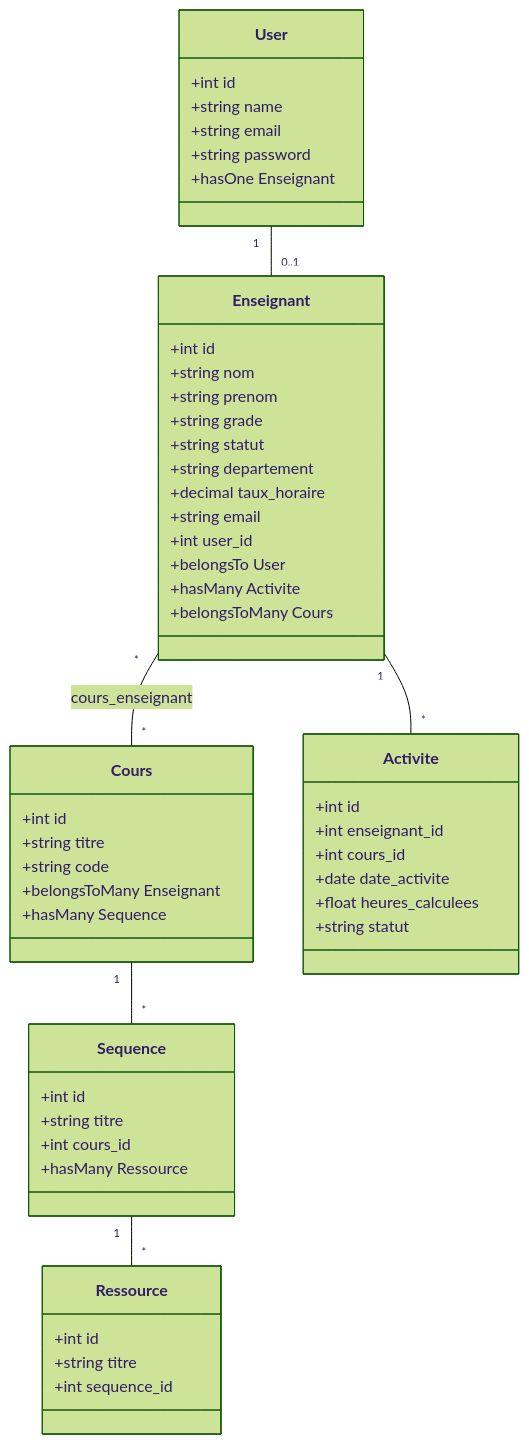
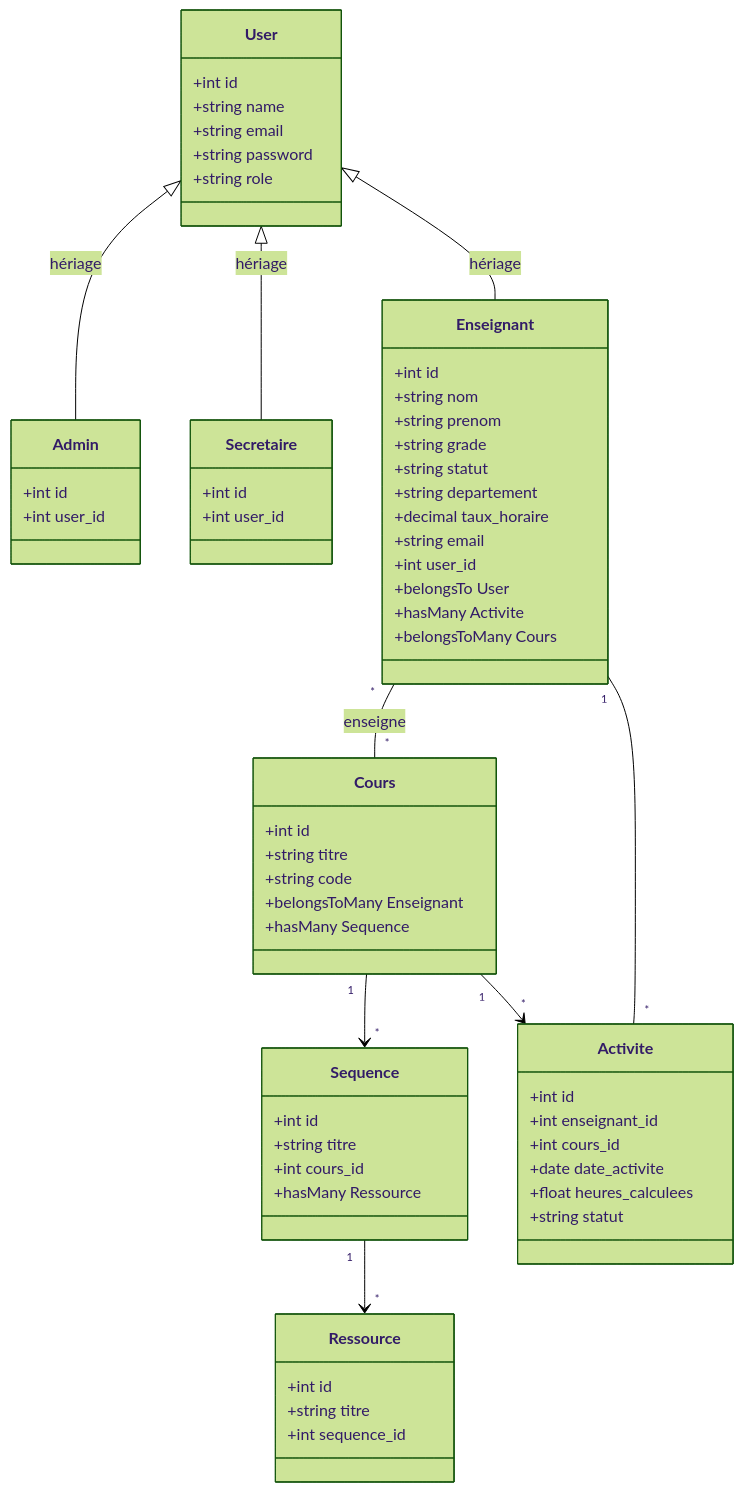
The diagram in docs/assets/class-diagram.mmd (Drizain2/pct-gestion-heures), drawn with Mermaid (forest theme) before and after one commit. The commit also changed 15 other files, not shown here.

Commit message:
[UPDATE] correction de dernière minute en ajouter les models Admin,Secretaire ainsi que leur seeders et amelioration des schema

```diff
--- a/docs/assets/class-diagram.mmd
+++ b/docs/assets/class-diagram.mmd
@@ -1,54 +1,65 @@
-classDiagram
-    class User {
-        +int id
-        +string name
-        +string email
-        +string password
-        +hasOne Enseignant
-    }
-    class Enseignant {
-        +int id
-        +string nom
-        +string prenom
-        +string grade
-        +string statut
-        +string departement
-        +decimal taux_horaire
-        +string email
-        +int user_id
-        +belongsTo User
-        +hasMany Activite
-        +belongsToMany Cours
-    }
-    class Cours {
-        +int id
-        +string titre
-        +string code
-        +belongsToMany Enseignant
-        +hasMany Sequence
-    }
-    class Sequence {
-        +int id
-        +string titre
-        +int cours_id
-        +hasMany Ressource
-    }
-    class Ressource {
-        +int id
-        +string titre
-        +int sequence_id
-    }
-    class Activite {
-        +int id
-        +int enseignant_id
-        +int cours_id
-        +date date_activite
-        +float heures_calculees
-        +string statut
-    }
+    classDiagram
+        class User {
+            +int id
+            +string name
+            +string email
+            +string password
+            +string role
+        }
+        class Admin {
+            +int id
+            +int user_id
+        }
+        class Secretaire {
+            +int id
+            +int user_id
+        }
+        class Enseignant {
+            +int id
+            +string nom
+            +string prenom
+            +string grade
+            +string statut
+            +string departement
+            +decimal taux_horaire
+            +string email
+            +int user_id
+            +belongsTo User
+            +hasMany Activite
+            +belongsToMany Cours
+        }
+        class Cours {
+            +int id
+            +string titre
+            +string code
+            +belongsToMany Enseignant
+            +hasMany Sequence
+        }
+        class Sequence {
+            +int id
+            +string titre
+            +int cours_id
+            +hasMany Ressource
+        }
+        class Ressource {
+            +int id
+            +string titre
+            +int sequence_id
+        }
+        class Activite {
+            +int id
+            +int enseignant_id
+            +int cours_id
+            +date date_activite
+            +float heures_calculees
+            +string statut
+        }
 
-    User "1" -- "0..1" Enseignant
-    Enseignant "1" -- "*" Activite
-    Enseignant "*" -- "*" Cours : cours_enseignant
-    Cours "1" -- "*" Sequence
-    Sequence "1" -- "*" Ressource
+        User <|-- Enseignant : hériage
+        User <|-- Admin : hériage
+        User <|-- Secretaire : hériage
+        Enseignant "*" -- "*" Cours : enseigne
+        Enseignant "1" -- "*" Activite
+        Cours "1" --> "*" Activite
+        Cours "1" --> "*" Sequence
+        Sequence "1" --> "*" Ressource
```
